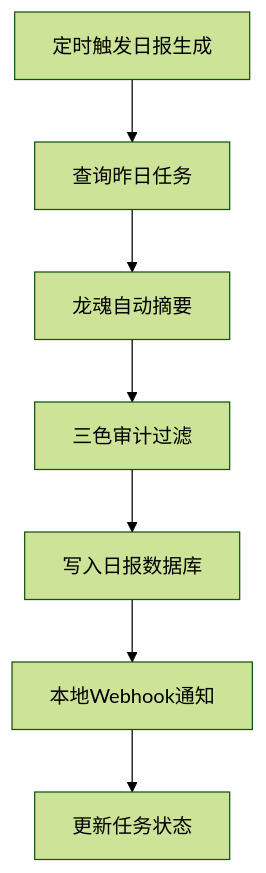
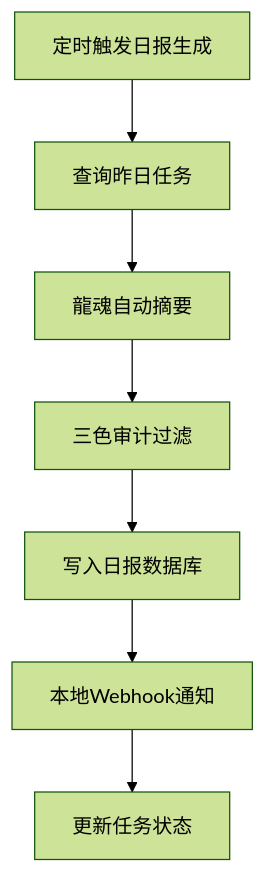
One commit to UID9622/longhun-system changed the second of 2 diagrams in longhun-system/CNSH_备份_20260211/本地备份/历史项目/龙魂Notion主权自动化/主权数据库设计.md. Above: the diagram before and after it, drawn with Mermaid (forest theme). The commit also changed other lines of this file and 853 other files, not shown here.

````diff
--- a/longhun-system/CNSH_备份_20260211/本地备份/历史项目/龙魂Notion主权自动化/主权数据库设计.md
+++ b/longhun-system/CNSH_备份_20260211/本地备份/历史项目/龙魂Notion主权自动化/主权数据库设计.md
@@ -108,9 +108,9 @@
 ```mermaid
 flowchart TD
     A[定时触发日报生成] --> B[查询昨日任务]
-    B --> C[龙魂自动摘要]
+    B --> C[龍魂自动摘要]
     C --> D[三色审计过滤]
     D --> E[写入日报数据库]
     E --> F[本地Webhook通知]
     F --> G[更新任务状态]
 ```
````
